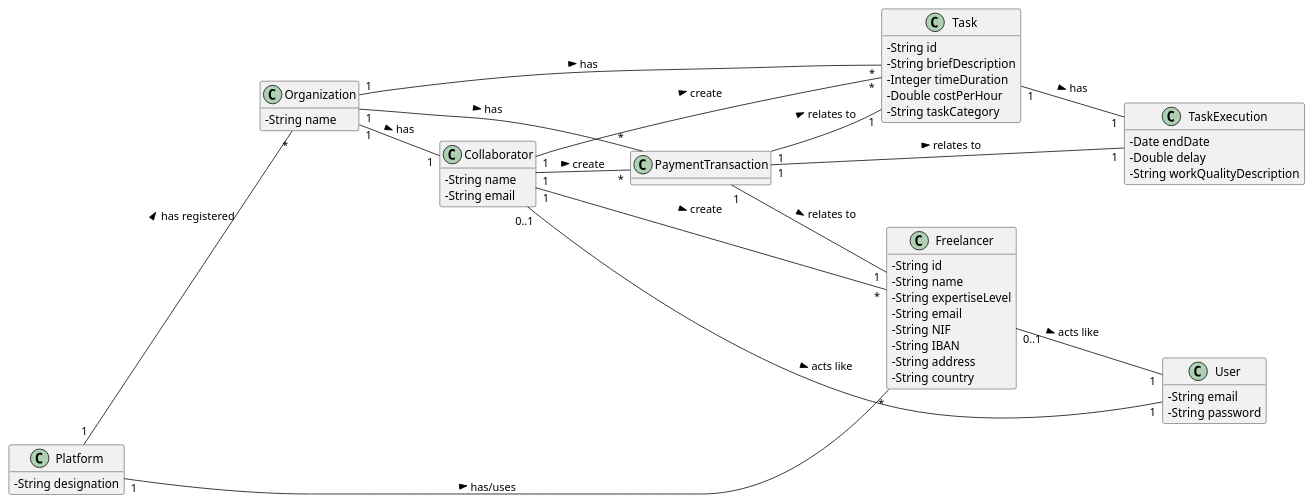
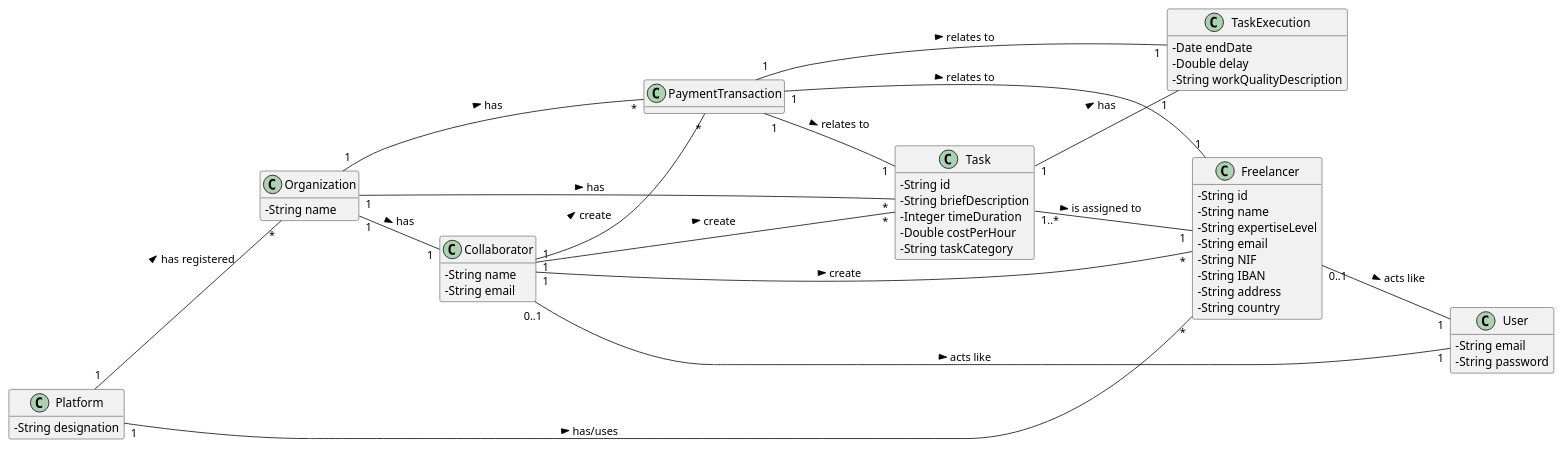
Before and after one commit to pedrolemos4/LAPR2: the diagram in docs/UC3 - Create Payment Transaction/UC3_MD.puml, drawn with PlantUML. The commit also changed 8 other files, not shown here.

```diff
--- a/docs/UC3 - Create Payment Transaction/UC3_MD.puml
+++ b/docs/UC3 - Create Payment Transaction/UC3_MD.puml
@@ -1,68 +1,69 @@
 @startuml
 skinparam classAttributeIconSize 0
 hide methods
 left to right direction
 
 class Platform {
   -String designation
 }
 
 class Organization {
   -String name
 }
 
 class Collaborator {
   -String name
   -String email
 }
 
 
 class User {
   -String email
   -String password
 }
 
 class Freelancer {
   -String id
   -String name
   -String expertiseLevel
   -String email
   -String NIF
   -String IBAN
   -String address
   -String country
   }
 
 class Task {
  -String id
  -String briefDescription
  -Integer timeDuration
  -Double costPerHour
  -String taskCategory
 }
 
 class TaskExecution {
  -Date endDate
  -Double delay
  -String workQualityDescription
 }
 
 class PaymentTransaction{
 }
 
 Platform "1" -- "*" Organization : has registered >
 Platform "1" -- "*" Freelancer : has/uses >
 Organization "1" -- "1" Collaborator: has >
 Organization "1" -- "*" Task: has >
 Organization "1" -- "*" PaymentTransaction: has >
 Collaborator "0..1" -- "1" User: acts like >
 Freelancer "0..1" -- "1" User: acts like >
 Collaborator "1" -- "*" Freelancer: create >
 Collaborator "1" -- "*" Task: create >
 Collaborator "1" -- "*" PaymentTransaction: create >
 PaymentTransaction "1" -- "1" Freelancer: relates to >
 PaymentTransaction "1" -- "1" Task: relates to >
 PaymentTransaction "1" -- "1" TaskExecution: relates to >
 Task "1" -- "1" TaskExecution: has >
+Task "1..*" -- "1" Freelancer: is assigned to >
 
 @enduml
```
